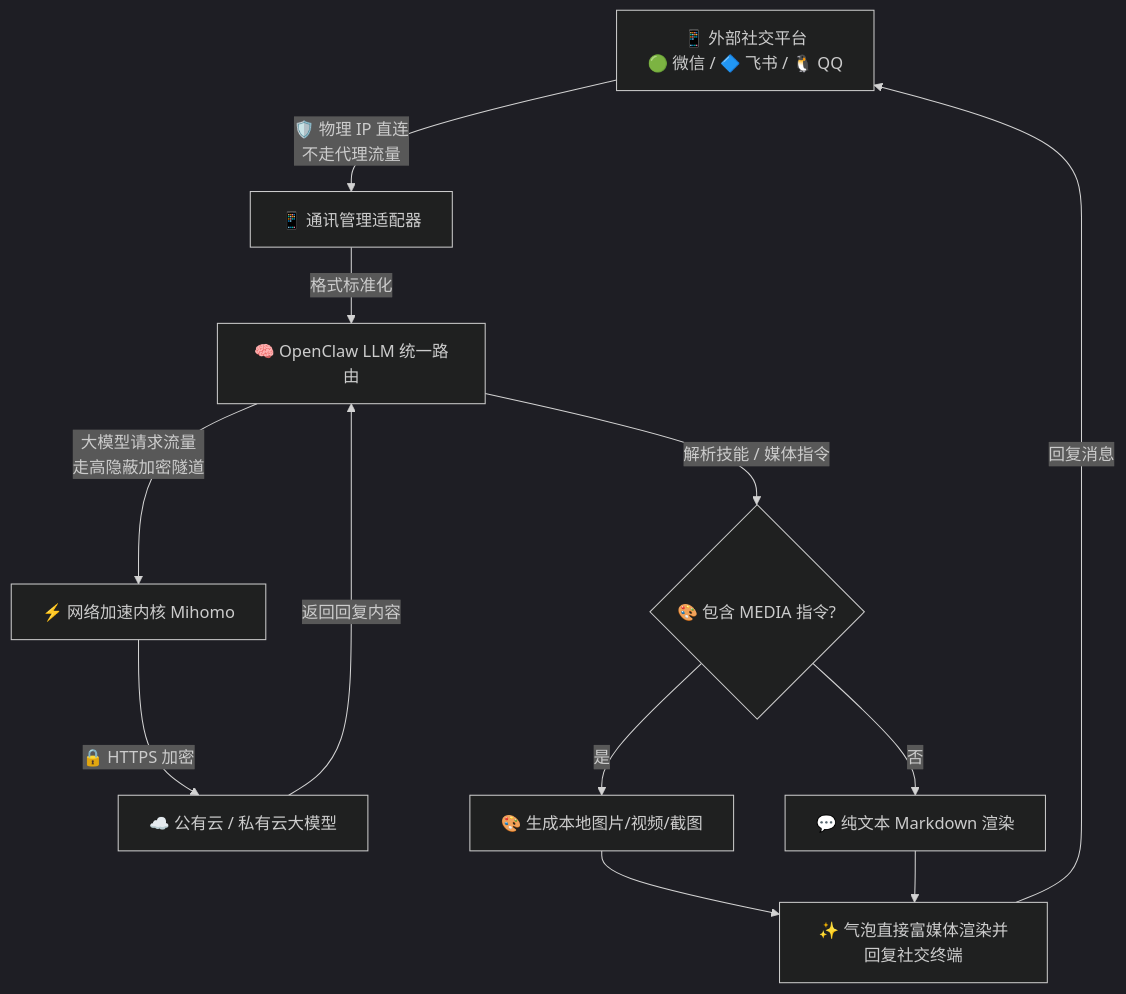
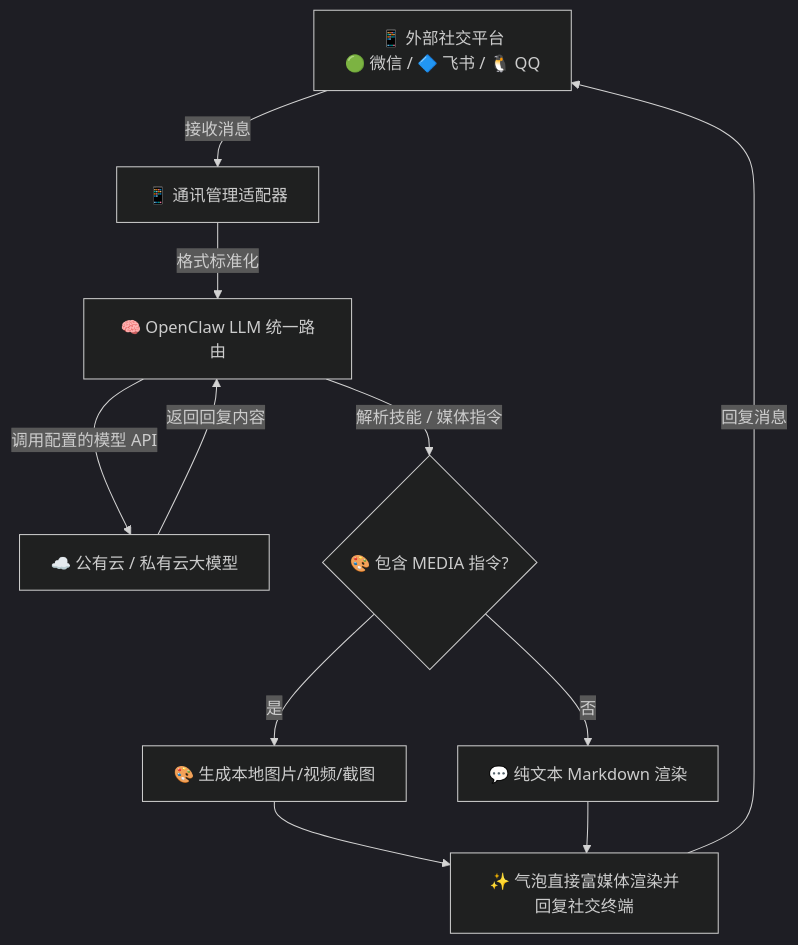
The fourth of 5 diagrams in README.md (2014-y/NexoraAgent), drawn with Mermaid (dark theme) before and after one commit. The commit also changed other lines of this file and 4 other files, not shown here.

````diff
--- a/README.md
+++ b/README.md
@@ -421,14 +381,13 @@
 ```mermaid
 flowchart TD
-    A[📱 外部社交平台<br/>🟢 微信 / 🔷 飞书 / 🐧 QQ] -->|🛡️ 物理 IP 直连<br/>不走代理流量| B[📱 通讯管理适配器]
+    A[📱 外部社交平台<br/>🟢 微信 / 🔷 飞书 / 🐧 QQ] -->|接收消息| B[📱 通讯管理适配器]
     B -->|格式标准化| C[🧠 OpenClaw LLM 统一路由]
-    C -->|大模型请求流量<br/>走高隐蔽加密隧道| D[⚡ 网络加速内核 Mihomo]
-    D -->|🔒 HTTPS 加密| E[☁️ 公有云 / 私有云大模型]
+    C -->|调用配置的模型 API| E[☁️ 公有云 / 私有云大模型]
     E -->|返回回复内容| C
     C -->|解析技能 / 媒体指令| F{🎨 包含 MEDIA 指令?}
     F -- 是 --> G[🎨 生成本地图片/视频/截图]
     F -- 否 --> H[💬 纯文本 Markdown 渲染]
     G --> I[✨ 气泡直接富媒体渲染并回复社交终端]
     H --> I
     I -->|回复消息| A
 ```
````
